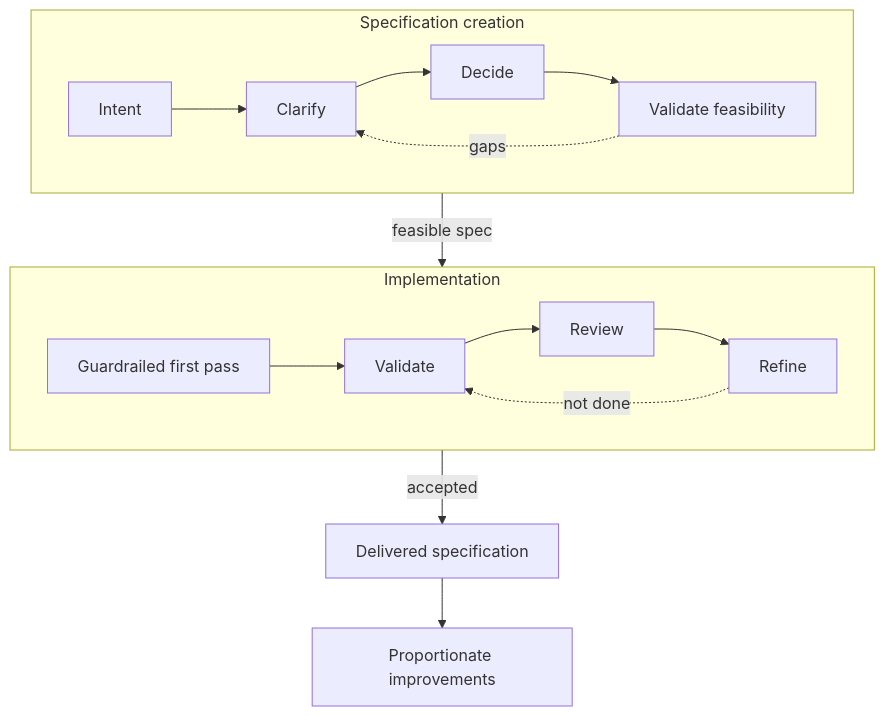
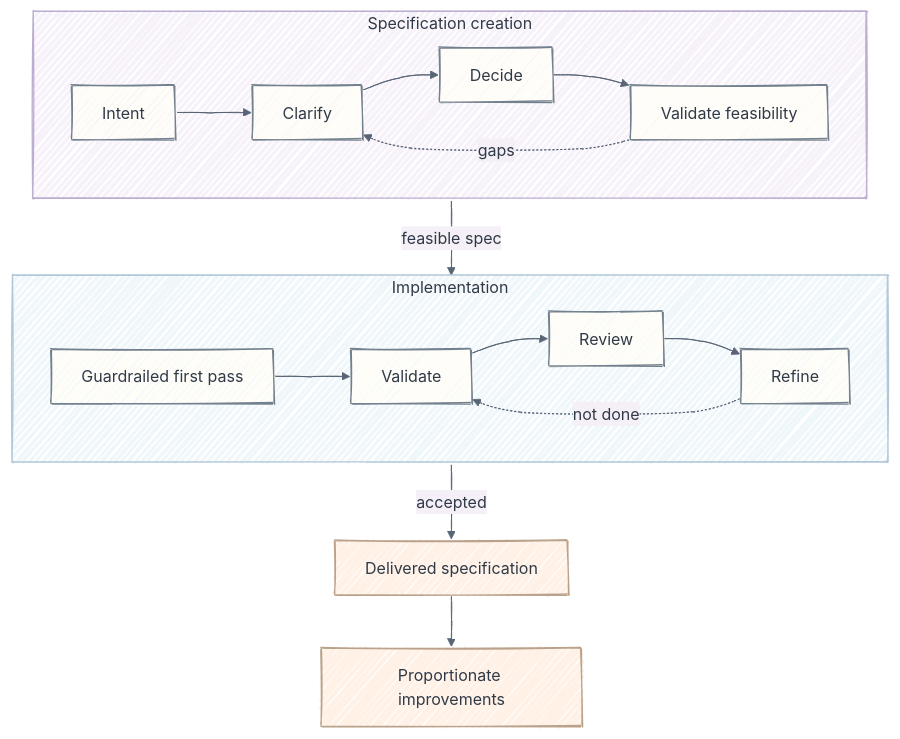
Before and after one commit to rich-mond/human-agent-development-framework: the diagram in README.md, drawn with Mermaid.

Commit message:
Refine Mermaid diagram styling (#6)
* Apply hand-drawn styling to README Mermaid diagram

* Refine Mermaid diagram styling

````diff
--- a/README.md
+++ b/README.md
@@ -96,21 +96,37 @@
 ```mermaid
+---
+config:
+  look: handDrawn
+  theme: base
+  themeVariables:
+    primaryTextColor: "#303a47"
+    textColor: "#303a47"
+    lineColor: "#596576"
+    edgeLabelBackground: "#f5f0f7"
+---
 flowchart TB
     subgraph S[Specification creation]
         direction LR
         S1[Intent] --> S2[Clarify] --> S3[Decide] --> S4[Validate feasibility]
         S4 -. gaps .-> S2
     end
 
     subgraph I[Implementation]
         direction LR
         I1[Guardrailed first pass] --> I2[Validate] --> I3[Review] --> I4[Refine]
         I4 -. not done .-> I2
     end
 
     D[Delivered specification]
     G[Proportionate improvements]
 
     S -->|feasible spec| I
     I -->|accepted| D
     D --> G
+
+    classDef default fill:#fffdf8,stroke:#73808d,color:#303a47
+    classDef learning fill:#fff1e6,stroke:#b9a18b,color:#303a47
+    class D,G learning
+    style S fill:#f7f1fa,stroke:#bcaed0,color:#303a47
+    style I fill:#f0f7fb,stroke:#b2c7d8,color:#303a47
 ```
````
